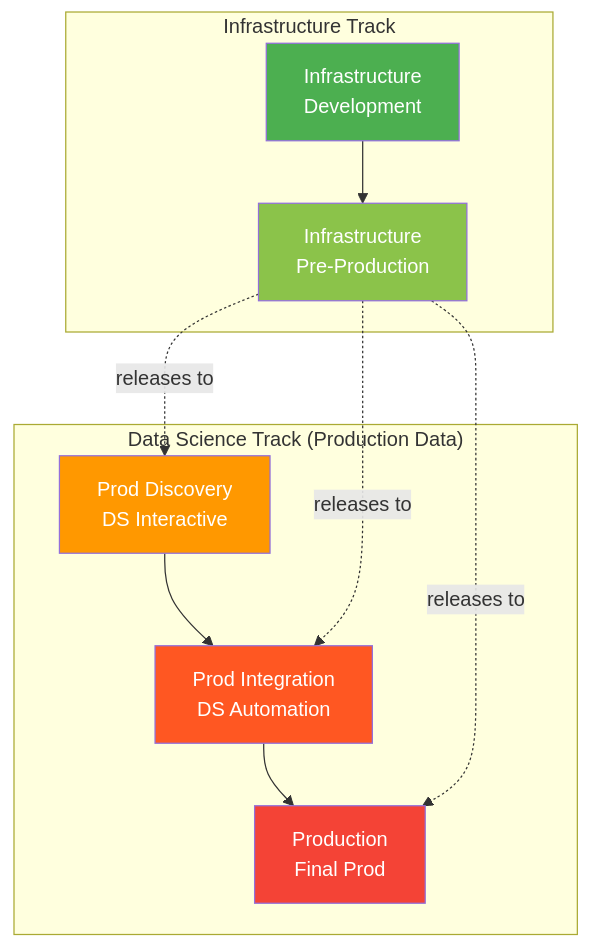
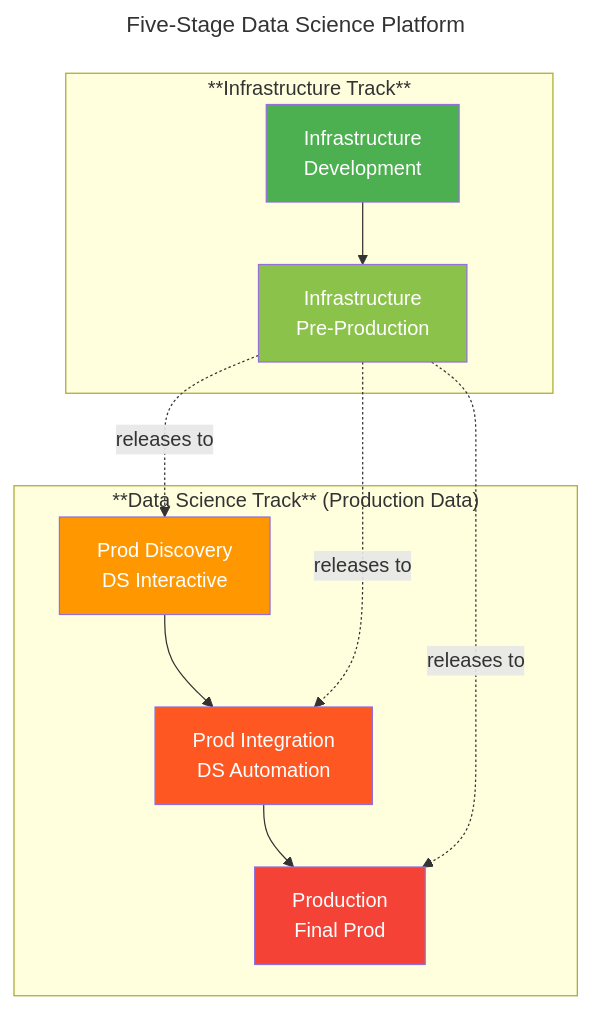
Before and after one commit to mcgarrah/mcgarrah.github.io: the second of 4 diagrams in _posts/2026-05-16-five-stages-cloud-data-science-platform.md, drawn with Mermaid. The commit also changed other lines of this file, not shown here.

First line of the commit message:
refactor: tighten Five Stages article structure and narrative

````diff
--- a/_posts/2026-05-16-five-stages-cloud-data-science-platform.md
+++ b/_posts/2026-05-16-five-stages-cloud-data-science-platform.md
@@ -52,18 +55,21 @@
 ```mermaid
+---
+title: Five-Stage Data Science Platform
+---
 graph TD
-    subgraph "Infrastructure Track"
+    subgraph "**Infrastructure Track**"
         IDEV[Infrastructure<br/>Development] --> IPRE[Infrastructure<br/>Pre-Production]
     end
-    subgraph "Data Science Track (Production Data)"
+    subgraph "**Data Science Track** (Production Data)"
         DISC[Prod Discovery<br/>DS Interactive] --> INT[Prod Integration<br/>DS Automation]
         INT --> FINAL[Production<br/>Final Prod]
     end
     IPRE -.->|releases to| DISC
     IPRE -.->|releases to| INT
     IPRE -.->|releases to| FINAL
     style IDEV fill:#4CAF50,color:#fff
     style IPRE fill:#8BC34A,color:#fff
     style DISC fill:#FF9800,color:#fff
     style INT fill:#FF5722,color:#fff
     style FINAL fill:#f44336,color:#fff
 ```
````
